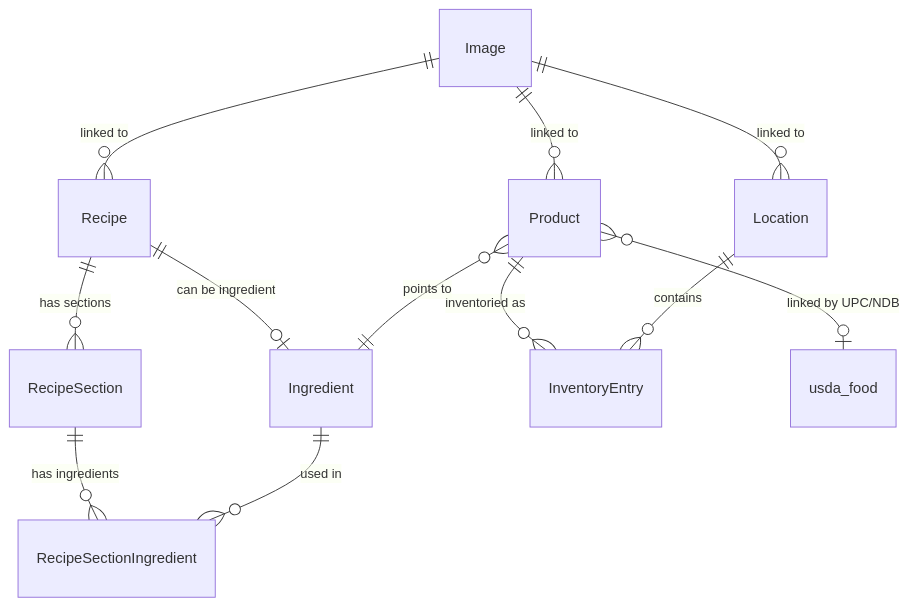
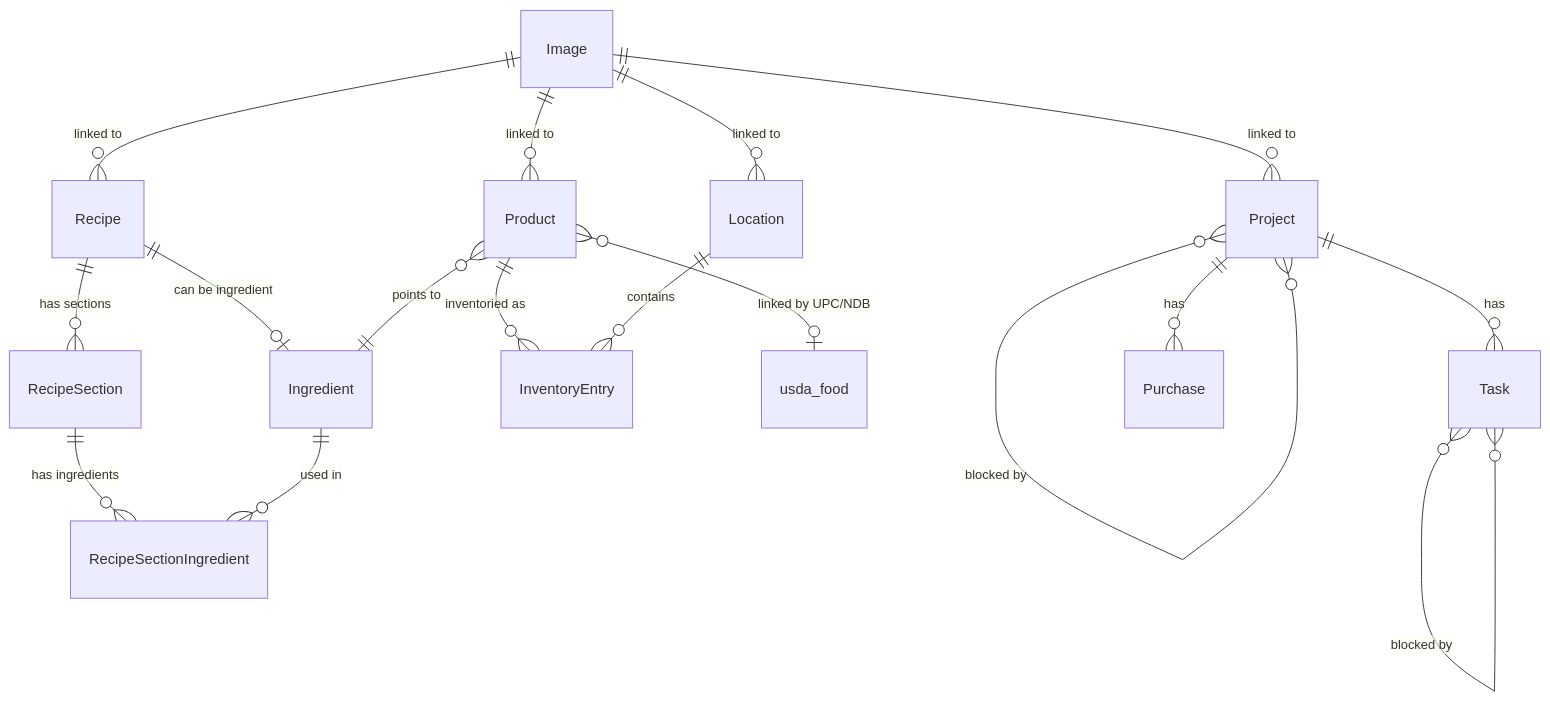
One commit to nickysemenza/cubby changed the diagram in README.md. Above: the diagram before and after it, drawn with Mermaid. The commit also changed other lines of this file and 1 other file, not shown here.

Commit message:
docs: retire completed Notion-migration plan; update README for the project tracker
Plan doc removed (fully executed; recoverable via git history — docs/plans is
for in-progress/upcoming work per README). README now documents the
Project/Task/Purchase entities + ER edges, corrects NOTION_API_KEY's purpose
(recipes import only), and logs the migration under Recently shipped.

````diff
--- a/README.md
+++ b/README.md
@@ -125,18 +127,24 @@
 ```mermaid
 erDiagram
     Recipe ||--o{ RecipeSection : "has sections"
     RecipeSection ||--o{ RecipeSectionIngredient : "has ingredients"
     Ingredient ||--o{ RecipeSectionIngredient : "used in"
     Recipe ||--o| Ingredient : "can be ingredient"
 
     Product ||--o{ InventoryEntry : "inventoried as"
     Product }o--|| Ingredient : "points to"
 
     Location ||--o{ InventoryEntry : "contains"
 
     Image ||--o{ Product : "linked to"
     Image ||--o{ Location : "linked to"
     Image ||--o{ Recipe : "linked to"
 
     Product }o--o| usda_food : "linked by UPC/NDB"
+
+    Project ||--o{ Task : "has"
+    Project ||--o{ Purchase : "has"
+    Project }o--o{ Project : "blocked by"
+    Task }o--o{ Task : "blocked by"
+    Image ||--o{ Project : "linked to"
 ```
````
